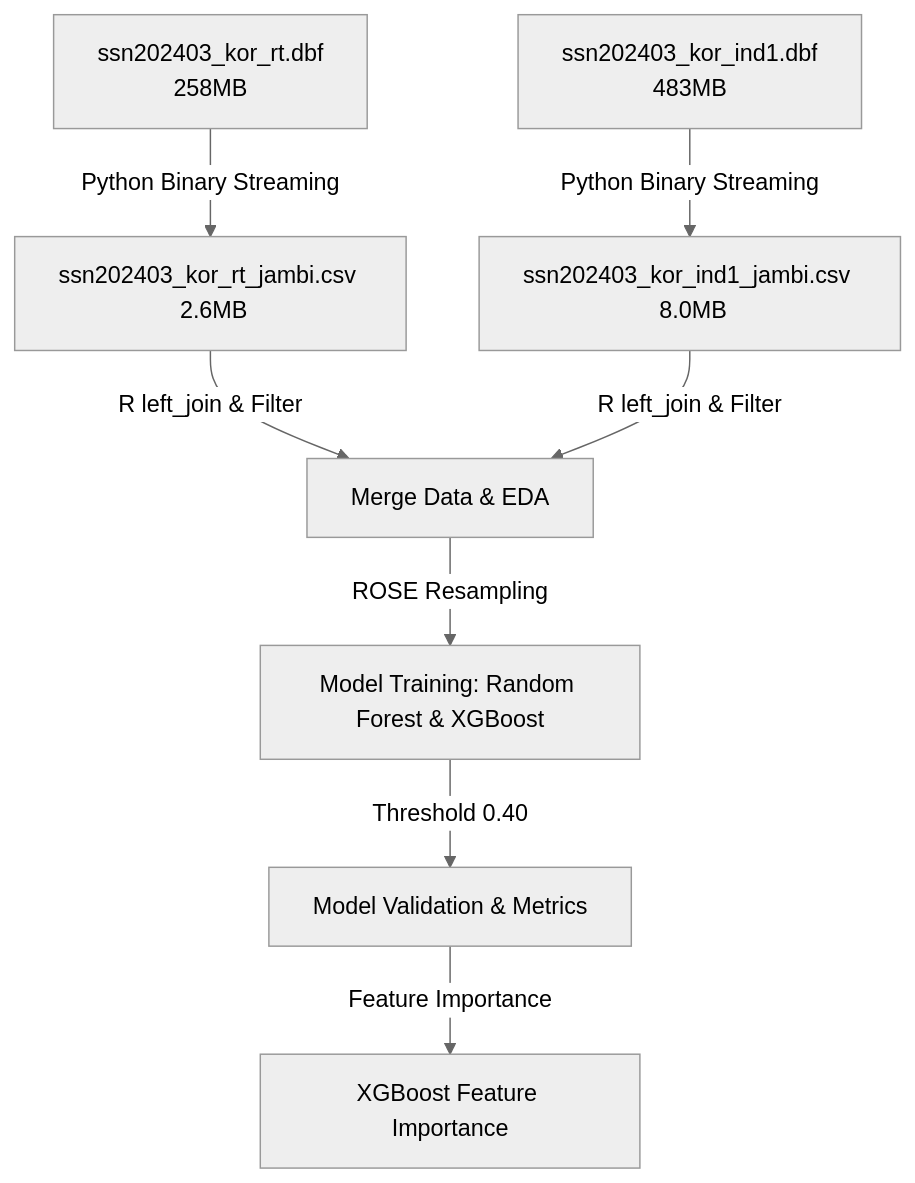
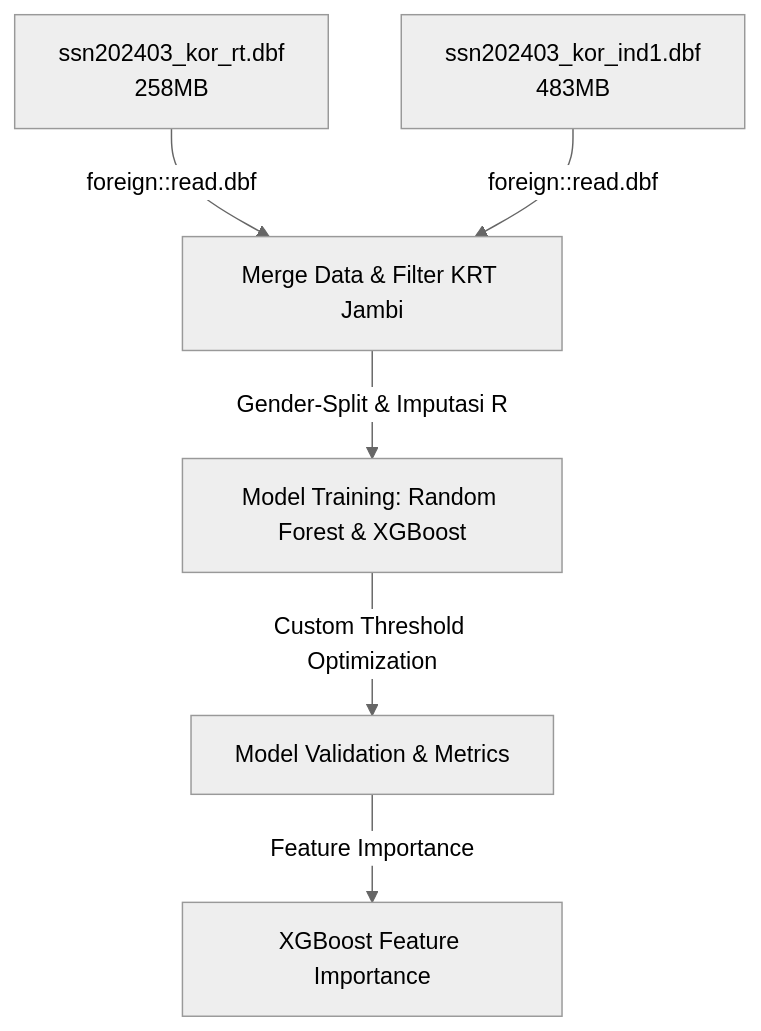
The diagram in readme.md (rizqyn9/r-classification-smoker), drawn with Mermaid (neutral theme) before and after one commit. The commit also changed other lines of this file, not shown here.

````diff
--- a/readme.md
+++ b/readme.md
@@ -44,10 +46,8 @@
 ```mermaid
 graph TD
-    A[ssn202403_kor_rt.dbf <br> 258MB] -->|Python Binary Streaming| C[ssn202403_kor_rt_jambi.csv <br> 2.6MB]
-    B[ssn202403_kor_ind1.dbf <br> 483MB] -->|Python Binary Streaming| D[ssn202403_kor_ind1_jambi.csv <br> 8.0MB]
-    C -->|R left_join & Filter| E[Merge Data & EDA]
-    D -->|R left_join & Filter| E
-    E -->|ROSE Resampling| F[Model Training: Random Forest & XGBoost]
-    F -->|Threshold 0.40| G[Model Validation & Metrics]
+    A[ssn202403_kor_rt.dbf <br> 258MB] -->|foreign::read.dbf| C[Merge Data & Filter KRT Jambi]
+    B[ssn202403_kor_ind1.dbf <br> 483MB] -->|foreign::read.dbf| C
+    C -->|Gender-Split & Imputasi R| F[Model Training: Random Forest & XGBoost]
+    F -->|Custom Threshold Optimization| G[Model Validation & Metrics]
     G -->|Feature Importance| H[XGBoost Feature Importance]
 ```
````
